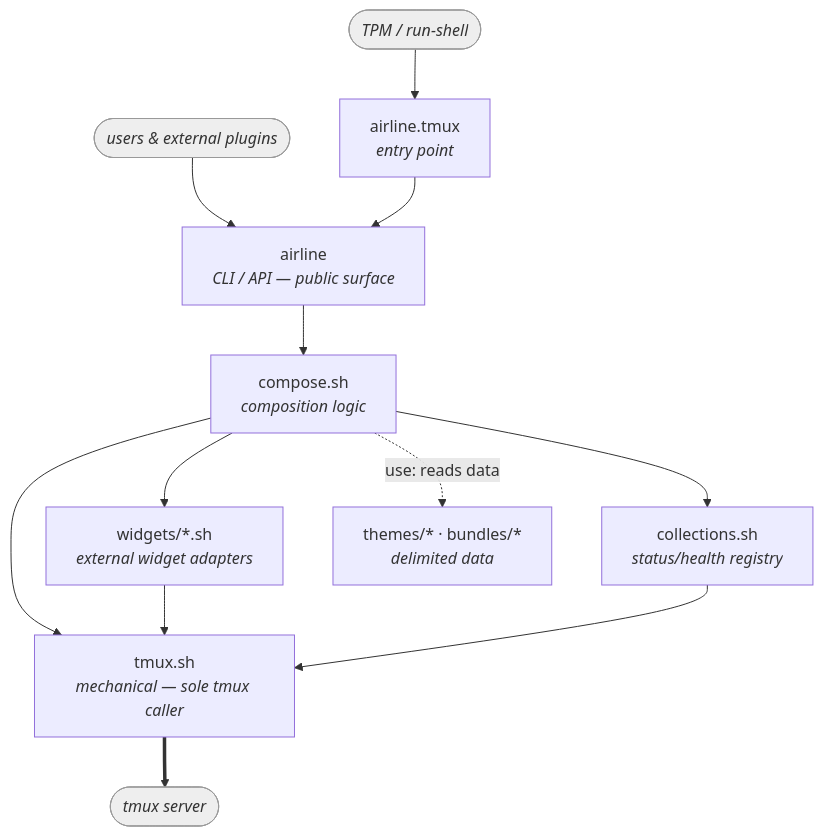
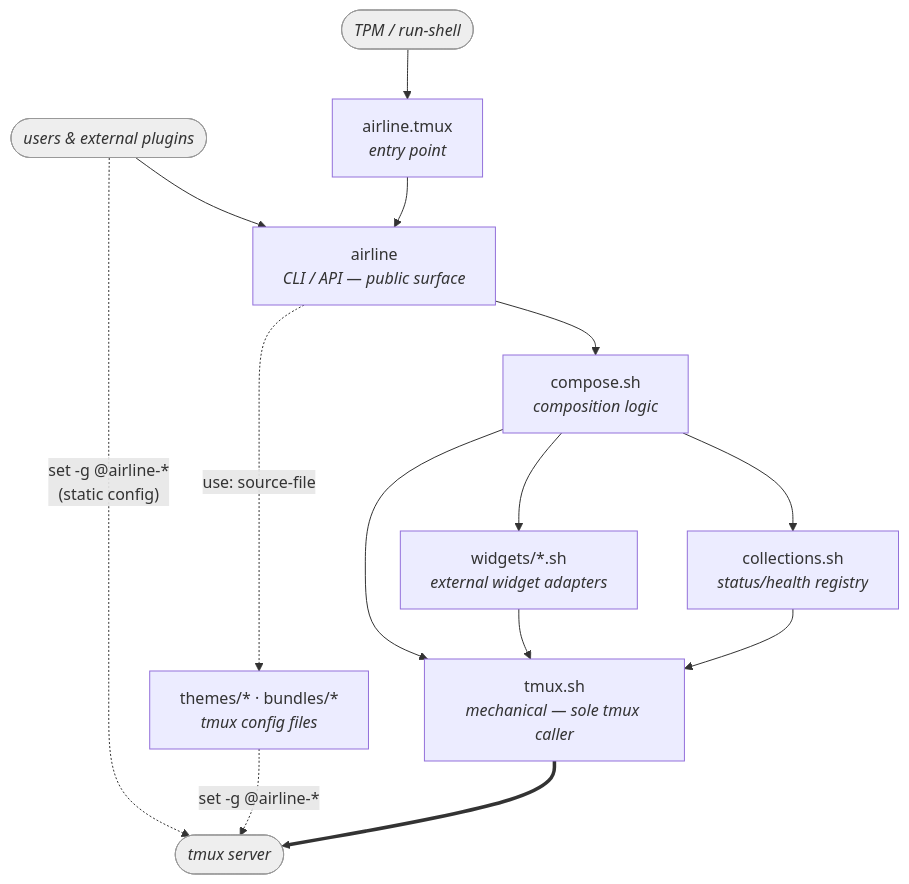
Before and after one commit to andrewjstryker/tmux-airline: the first of 3 diagrams in DESIGN.md, drawn with Mermaid. The commit also changed other lines of this file, not shown here.

````diff
--- a/DESIGN.md
+++ b/DESIGN.md
@@ -85,16 +88,18 @@
 ```mermaid
 graph TD
     TPM([TPM / run-shell]):::ext --> ENTRY["airline.tmux<br/><i>entry point</i>"]
     EXT([users &amp; external plugins]):::ext --> CLI["airline<br/><i>CLI / API — public surface</i>"]
     ENTRY --> CLI
     CLI --> LOGIC["compose.sh<br/><i>composition logic</i>"]
     LOGIC --> WIDGETS["widgets/*.sh<br/><i>external widget adapters</i>"]
     LOGIC --> COLL["collections.sh<br/><i>status/health registry</i>"]
     LOGIC --> MECH["tmux.sh<br/><i>mechanical — sole tmux caller</i>"]
     WIDGETS --> MECH
     COLL --> MECH
-    LOGIC -. "use: reads data" .-> DATA["themes/* · bundles/*<br/><i>delimited data</i>"]
+    EXT -. "set -g @airline-*<br/>(static config)" .-> TMUX
+    CLI -. "use: source-file" .-> DATA["themes/* · bundles/*<br/><i>tmux config files</i>"]
+    DATA -. "set -g @airline-*" .-> TMUX
     MECH ==> TMUX([tmux server]):::ext
 
     classDef ext fill:#eee,stroke:#999,color:#333,font-style:italic;
 ```
````
